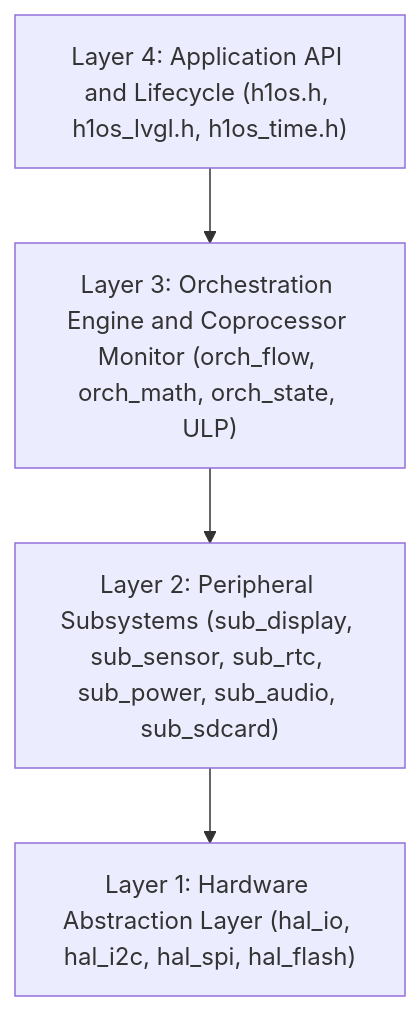
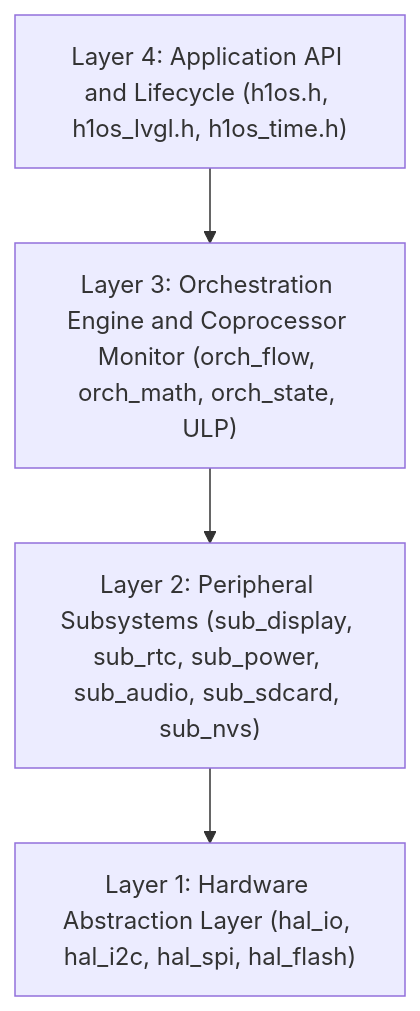
Before and after one commit to Humidyne-Labs/H1OS: the diagram in docs/guide.md, drawn with Mermaid. The commit also changed 40 other files, not shown here.

````diff
--- a/docs/guide.md
+++ b/docs/guide.md
@@ -28,10 +28,10 @@
 ```mermaid
 graph TD;
     L4["Layer 4: Application API and Lifecycle (h1os.h, h1os_lvgl.h, h1os_time.h)"];
     L3["Layer 3: Orchestration Engine and Coprocessor Monitor (orch_flow, orch_math, orch_state, ULP)"];
-    L2["Layer 2: Peripheral Subsystems (sub_display, sub_sensor, sub_rtc, sub_power, sub_audio, sub_sdcard)"];
+    L2["Layer 2: Peripheral Subsystems (sub_display, sub_rtc, sub_power, sub_audio, sub_sdcard, sub_nvs)"];
     L1["Layer 1: Hardware Abstraction Layer (hal_io, hal_i2c, hal_spi, hal_flash)"];
     L4-->L3;
     L3-->L2;
     L2-->L1;
 ```
````
